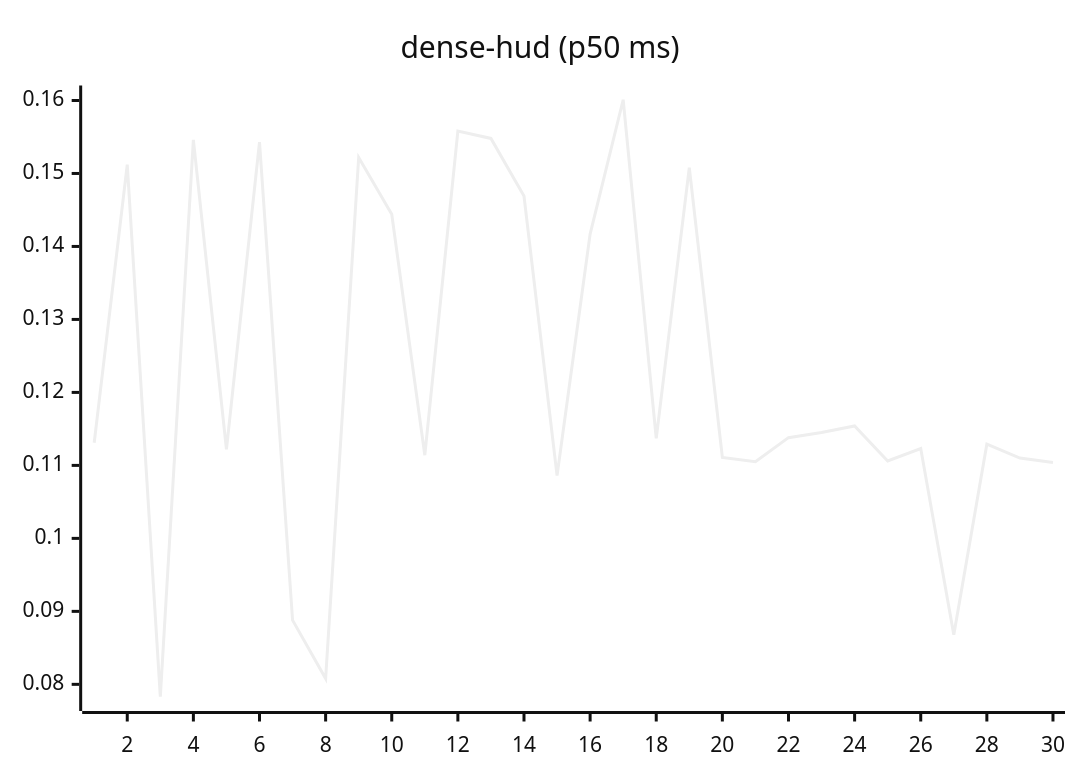
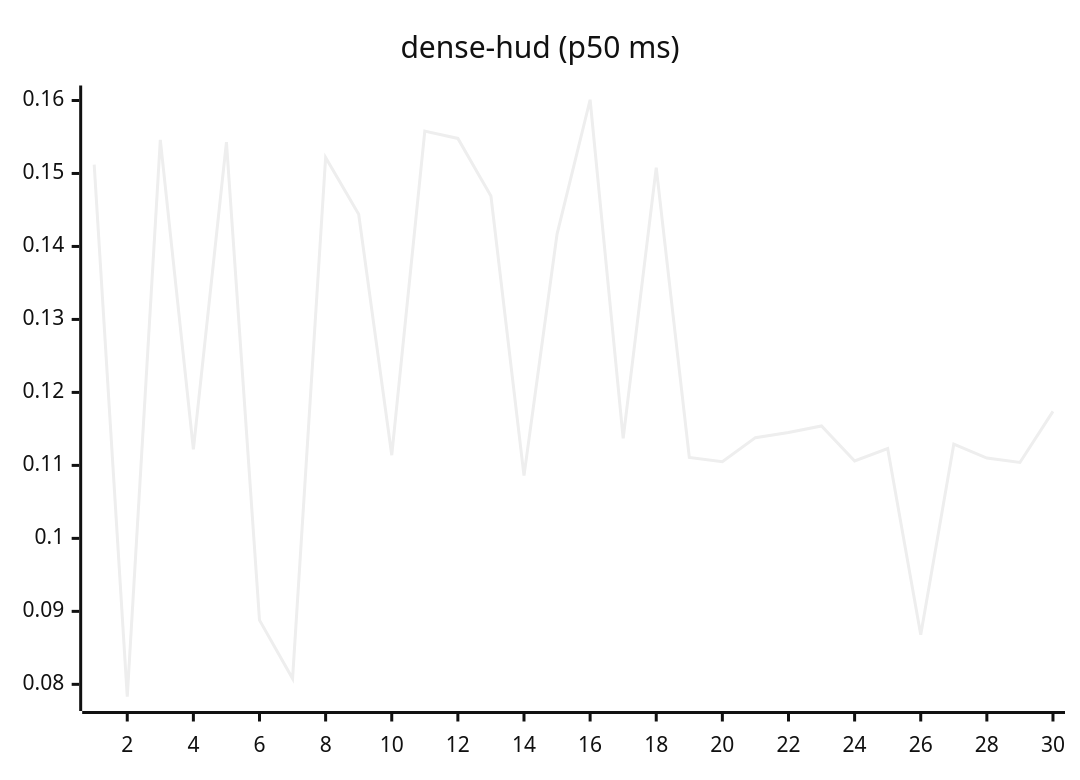
One commit to josha/Facet changed the eighth of 27 diagrams in README.md. Above: the diagram before and after it, drawn with Mermaid (neutral theme). The commit also changed other lines of this file and 2 other files, not shown here.

````diff
--- a/README.md
+++ b/README.md
@@ -112,6 +112,6 @@
 ```mermaid
 xychart-beta
     title "dense-hud (p50 ms)"
     x-axis 1 --> 30
-    line [0.1131, 0.1512, 0.0783, 0.1546, 0.1122, 0.1543, 0.0888, 0.0808, 0.1522, 0.1444, 0.1114, 0.1558, 0.1548, 0.1469, 0.1086, 0.1417, 0.1601, 0.1137, 0.1508, 0.1111, 0.1105, 0.1138, 0.1145, 0.1154, 0.1106, 0.1123, 0.0868, 0.1129, 0.1110, 0.1104]
+    line [0.1512, 0.0783, 0.1546, 0.1122, 0.1543, 0.0888, 0.0808, 0.1522, 0.1444, 0.1114, 0.1558, 0.1548, 0.1469, 0.1086, 0.1417, 0.1601, 0.1137, 0.1508, 0.1111, 0.1105, 0.1138, 0.1145, 0.1154, 0.1106, 0.1123, 0.0868, 0.1129, 0.1110, 0.1104, 0.1174]
 ```
````
